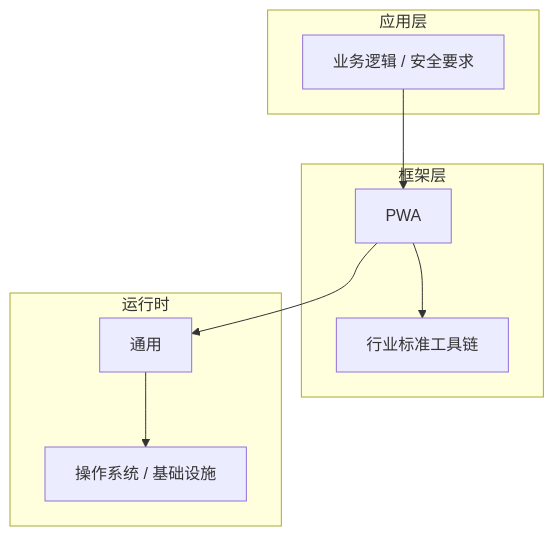
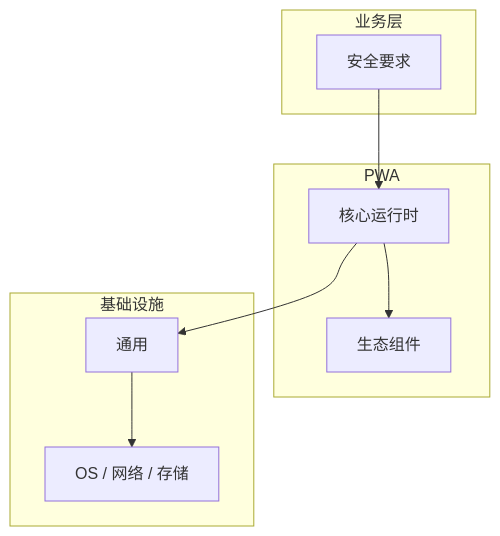
One commit to yanggan2015/knowledge-json-v2 changed the diagram in articles/PWA/chapters/049-安全要求核心概念与原理.md. Above: the diagram before and after it, drawn with Mermaid. The commit also changed other lines of this file and 10127 other files, not shown here.

````diff
--- a/articles/PWA/chapters/049-安全要求核心概念与原理.md
+++ b/articles/PWA/chapters/049-安全要求核心概念与原理.md
@@ -45,18 +34,18 @@
 ```mermaid
 graph TB
-    subgraph 应用层
-        A[业务逻辑 / 安全要求]
+    subgraph 业务层
+        A[安全要求]
     end
-    subgraph 框架层
-        B[PWA]
-        C[行业标准工具链]
+    subgraph PWA
+        B[核心运行时]
+        C[生态组件]
     end
-    subgraph 运行时
+    subgraph 基础设施
         D[通用]
-        E[操作系统 / 基础设施]
+        E[OS / 网络 / 存储]
     end
     A --> B
     B --> C
     B --> D
     D --> E
 ```
````
